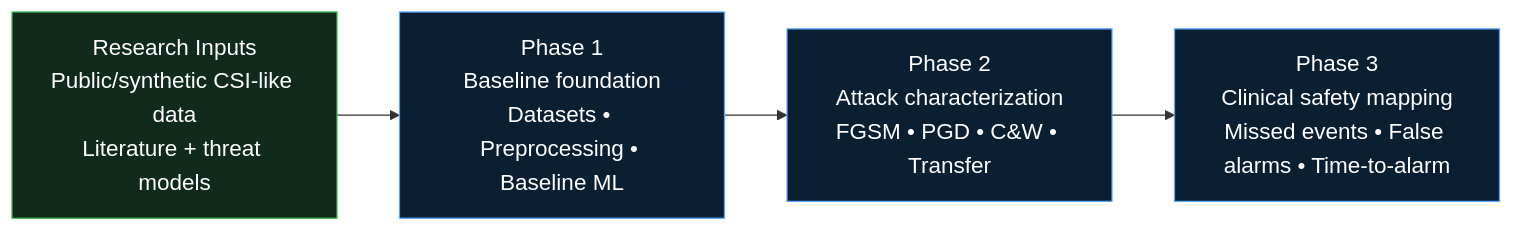
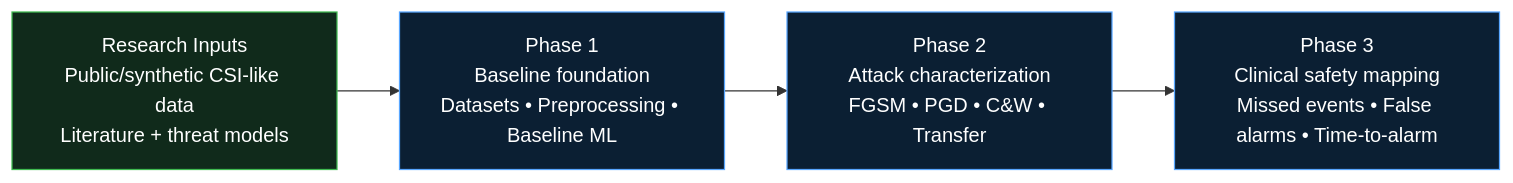
Before and after one commit to shahram-h-hesari/secure-wifi-csi-healthcare-sensing: the first of 2 diagrams in projects/README.md, drawn with Mermaid. The commit also changed other lines of this file, not shown here.

````diff
--- a/projects/README.md
+++ b/projects/README.md
@@ -14,13 +15,12 @@
 ```mermaid
-%%{init: {"themeVariables": {"fontSize": "18px"}} }%%
 flowchart LR
   I["Research Inputs<br/>Public/synthetic CSI-like data<br/>Literature + threat models"] --> P1["Phase 1<br/>Baseline foundation<br/>Datasets • Preprocessing • Baseline ML"]
   P1 --> P2["Phase 2<br/>Attack characterization<br/>FGSM • PGD • C&W • Transfer"]
   P2 --> P3["Phase 3<br/>Clinical safety mapping<br/>Missed events • False alarms • Time-to-alarm"]
 
   classDef input fill:#102A1B,stroke:#3FB950,color:#FFFFFF,stroke-width:1px;
   classDef phase fill:#0B1F33,stroke:#58A6FF,color:#FFFFFF,stroke-width:1px;
 
   class I input;
   class P1,P2,P3 phase;
 ```
````
